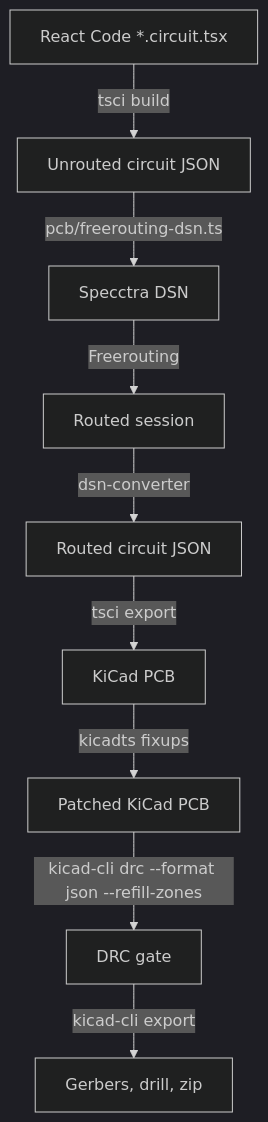
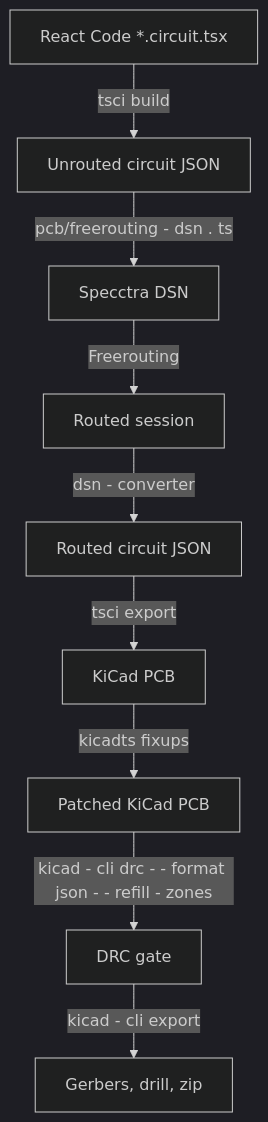
The diagram in docs/PCB.md (jbsohn/lokey-7800-ym2149), drawn with Mermaid (dark theme) before and after one commit. The commit also changed other lines of this file and 15 other files, not shown here.

````diff
--- a/docs/PCB.md
+++ b/docs/PCB.md
@@ -21,11 +65,11 @@
 ```mermaid
 graph TD
     A[React Code *.circuit.tsx] -->|tsci build| B[Unrouted circuit JSON]
-    B -->|pcb/freerouting-dsn.ts| C[Specctra DSN]
+    B -->|pcb/freerouting - dsn . ts| C[Specctra DSN]
     C -->|Freerouting| D[Routed session]
-    D -->|dsn-converter| E[Routed circuit JSON]
+    D -->|dsn - converter| E[Routed circuit JSON]
     E -->|tsci export| F[KiCad PCB]
     F -->|kicadts fixups| G[Patched KiCad PCB]
-    G -->|kicad-cli drc --format json --refill-zones| H[DRC gate]
-    H -->|kicad-cli export| I[Gerbers, drill, zip]
+    G -->|kicad - cli drc - - format json - - refill - zones| H[DRC gate]
+    H -->|kicad - cli export| I[Gerbers, drill, zip]
 ```
````
